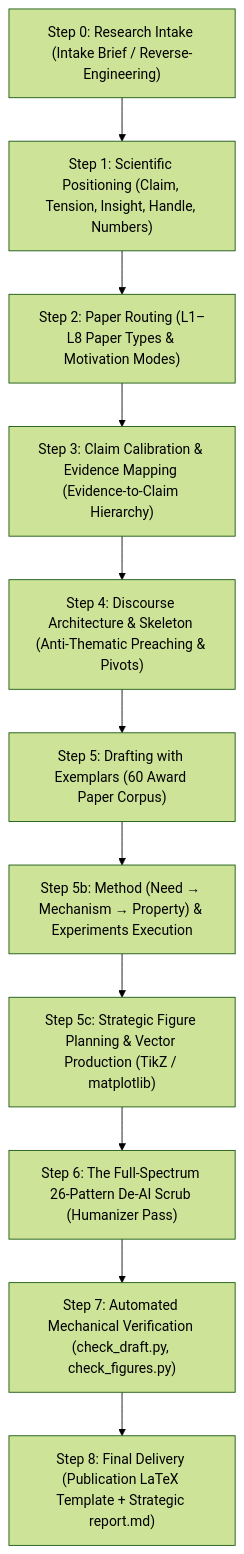
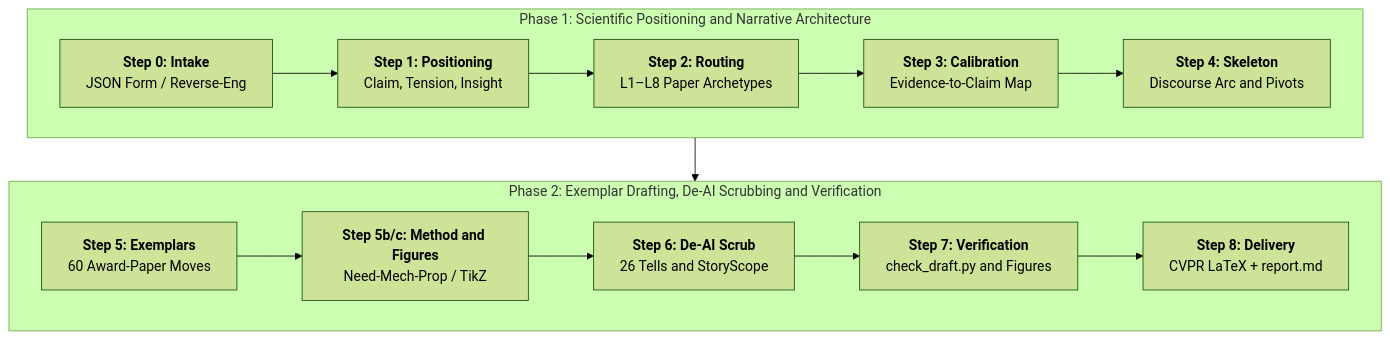
One commit to Vlet0/Write-Paper-Like-aHuman changed the diagram in README_en.md. Above: the diagram before and after it, drawn with Mermaid (forest theme). The commit also changed 2 other files, not shown here.

Commit message:
style(docs): reformat 8-step pipeline diagram into 2 horizontal rows
- Replace single vertical 10-box diagram with 2-row horizontal layout
- Group steps into Phase 1 (Architecture & Positioning) and Phase 2 (Drafting, De-AI & Verification)
- Reduce vertical footprint and optimize readability across desktop and mobile screens

````diff
--- a/README_en.md
+++ b/README_en.md
@@ -47,13 +47,12 @@
 ```mermaid
 flowchart TD
-    Step0["Step 0: Research Intake (Intake Brief / Reverse-Engineering)"] --> Step1["Step 1: Scientific Positioning (Claim, Tension, Insight, Handle, Numbers)"]
-    Step1 --> Step2["Step 2: Paper Routing (L1–L8 Paper Types & Motivation Modes)"]
-    Step2 --> Step3["Step 3: Claim Calibration & Evidence Mapping (Evidence-to-Claim Hierarchy)"]
-    Step3 --> Step4["Step 4: Discourse Architecture & Skeleton (Anti-Thematic Preaching & Pivots)"]
-    Step4 --> Step5["Step 5: Drafting with Exemplars (60 Award Paper Corpus)"]
-    Step5 --> Step5b["Step 5b: Method (Need → Mechanism → Property) & Experiments Execution"]
-    Step5b --> Step5c["Step 5c: Strategic Figure Planning & Vector Production (TikZ / matplotlib)"]
-    Step5c --> Step6["Step 6: The Full-Spectrum 26-Pattern De-AI Scrub (Humanizer Pass)"]
-    Step6 --> Step7["Step 7: Automated Mechanical Verification (check_draft.py, check_figures.py)"]
-    Step7 --> Step8["Step 8: Final Delivery (Publication LaTeX Template + Strategic report.md)"]
+    subgraph Row1 ["Phase 1: Scientific Positioning and Narrative Architecture"]
+        direction LR
+        S0["<b>Step 0: Intake</b><br/>JSON Form / Reverse-Eng"] --> S1["<b>Step 1: Positioning</b><br/>Claim, Tension, Insight"] --> S2["<b>Step 2: Routing</b><br/>L1–L8 Paper Archetypes"] --> S3["<b>Step 3: Calibration</b><br/>Evidence-to-Claim Map"] --> S4["<b>Step 4: Skeleton</b><br/>Discourse Arc and Pivots"]
+    end
+    subgraph Row2 ["Phase 2: Exemplar Drafting, De-AI Scrubbing and Verification"]
+        direction LR
+        S5["<b>Step 5: Exemplars</b><br/>60 Award-Paper Moves"] --> S5bc["<b>Step 5b/c: Method and Figures</b><br/>Need-Mech-Prop / TikZ"] --> S6["<b>Step 6: De-AI Scrub</b><br/>26 Tells and StoryScope"] --> S7["<b>Step 7: Verification</b><br/>check_draft.py and Figures"] --> S8["<b>Step 8: Delivery</b><br/>CVPR LaTeX + report.md"]
+    end
+    S4 --> S5
 ```
````
